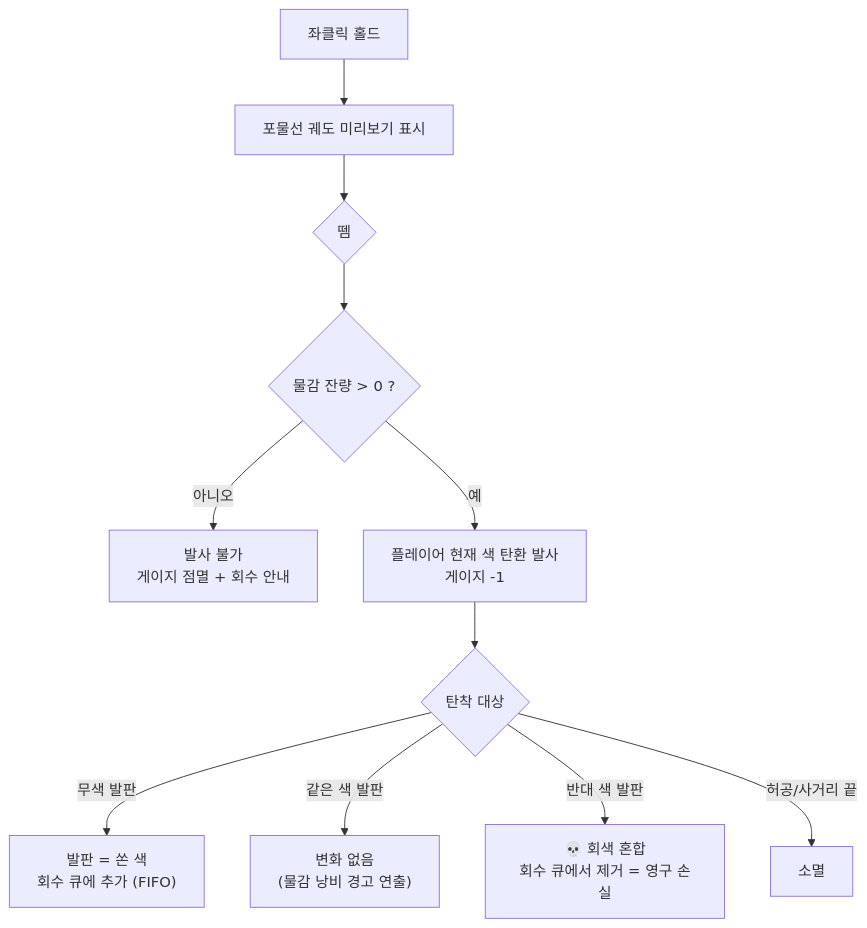
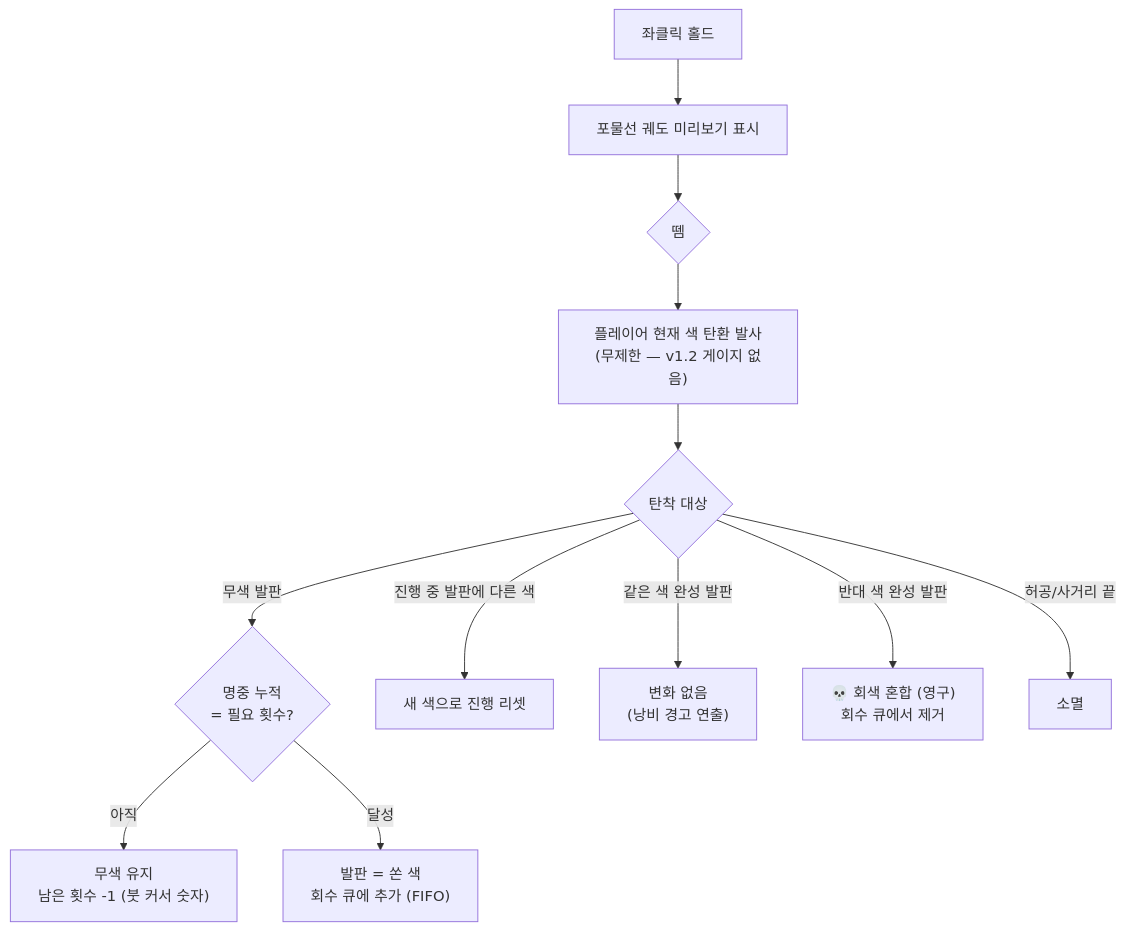
The second of 6 diagrams in docs/기획서_규칙_플로우차트.md (BlackBear1210/color), drawn with Mermaid before and after one commit. The commit also changed other lines of this file and 47 other files, not shown here.

````diff
--- a/docs/기획서_규칙_플로우차트.md
+++ b/docs/기획서_규칙_플로우차트.md
@@ -145,13 +171,14 @@
 ```mermaid
 flowchart TD
 	S["좌클릭 홀드"] --> T["포물선 궤도 미리보기 표시"]
 	T --> U{"뗌"}
-	U --> V{"물감 잔량 > 0 ?"}
-	V -->|"아니오"| W["발사 불가<br/>게이지 점멸 + 회수 안내"]
-	V -->|"예"| X["플레이어 현재 색 탄환 발사<br/>게이지 -1"]
+	U --> X["플레이어 현재 색 탄환 발사<br/>(무제한 — v1.2 게이지 없음)"]
 	X --> Y{"탄착 대상"}
-	Y -->|"무색 발판"| Z1["발판 = 쏜 색<br/>회수 큐에 추가 (FIFO)"]
-	Y -->|"같은 색 발판"| Z2["변화 없음<br/>(물감 낭비 경고 연출)"]
-	Y -->|"반대 색 발판"| Z3["💀 회색 혼합<br/>회수 큐에서 제거 = 영구 손실"]
+	Y -->|"무색 발판"| P{"명중 누적<br/>= 필요 횟수?"}
+	P -->|"아직"| Z0["무색 유지<br/>남은 횟수 -1 (붓 커서 숫자)"]
+	P -->|"달성"| Z1["발판 = 쏜 색<br/>회수 큐에 추가 (FIFO)"]
+	Y -->|"진행 중 발판에 다른 색"| Z5["새 색으로 진행 리셋"]
+	Y -->|"같은 색 완성 발판"| Z2["변화 없음<br/>(낭비 경고 연출)"]
+	Y -->|"반대 색 완성 발판"| Z3["💀 회색 혼합 (영구)<br/>회수 큐에서 제거"]
 	Y -->|"허공/사거리 끝"| Z4["소멸"]
 ```
````
